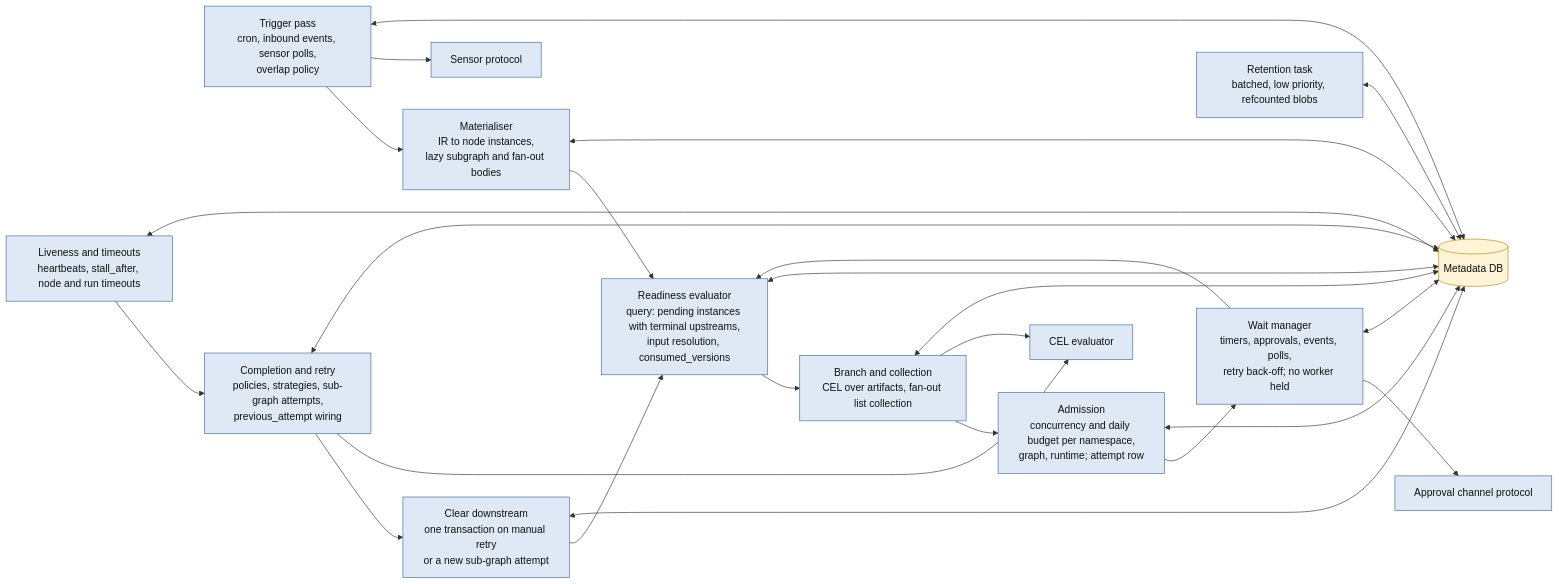
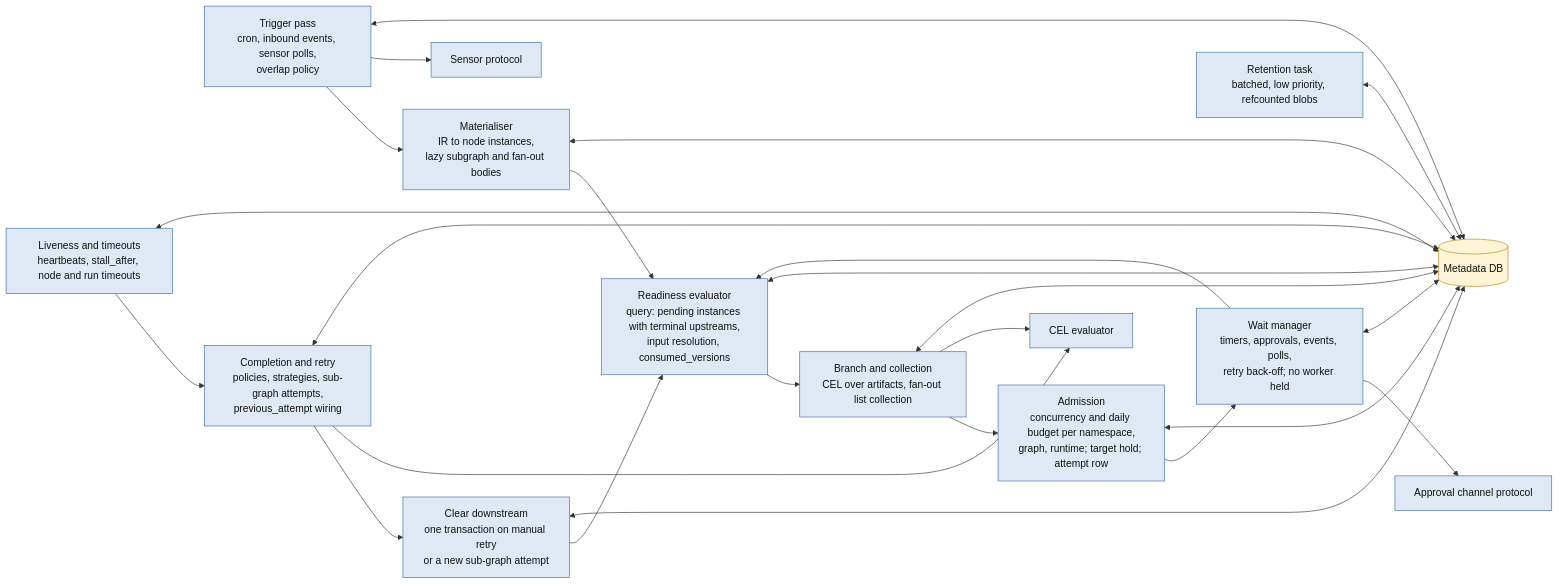
Before and after one commit to klukashka/kora: the third of 6 diagrams in knowledge/architecture/detailed.md, drawn with Mermaid. The commit also changed other lines of this file and 13 other files, not shown here.

````diff
--- a/knowledge/architecture/detailed.md
+++ b/knowledge/architecture/detailed.md
@@ -125,30 +125,30 @@
 ```mermaid
 flowchart LR
     classDef c fill:#dfe9f5,stroke:#3b6ea5,color:#111
     classDef store fill:#fff4d6,stroke:#b8860b,color:#111
 
     DB[(Metadata DB)]:::store
     T[Trigger pass<br/>cron, inbound events, sensor polls,<br/>overlap policy]:::c
     M[Materialiser<br/>IR to node instances,<br/>lazy subgraph and fan-out bodies]:::c
     R[Readiness evaluator<br/>query: pending instances with terminal upstreams,<br/>input resolution, consumed_versions]:::c
     B[Branch and collection<br/>CEL over artifacts, fan-out list collection]:::c
-    A[Admission<br/>concurrency and daily budget per namespace,<br/>graph, runtime; attempt row]:::c
+    A[Admission<br/>concurrency and daily budget per namespace,<br/>graph, runtime; target hold; attempt row]:::c
     W[Wait manager<br/>timers, approvals, events, polls,<br/>retry back-off; no worker held]:::c
     L[Liveness and timeouts<br/>heartbeats, stall_after, node and run timeouts]:::c
     C[Completion and retry<br/>policies, strategies, sub-graph attempts,<br/>previous_attempt wiring]:::c
     I[Clear downstream<br/>one transaction on manual retry<br/>or a new sub-graph attempt]:::c
     RET[Retention task<br/>batched, low priority, refcounted blobs]:::c
     CEL[CEL evaluator]:::c
     SEN[Sensor protocol]:::c
     APR[Approval channel protocol]:::c
 
     T --> M --> R --> B --> A
     A --> W
     W --> R
     L --> C --> I --> R
     T --> SEN
     W --> APR
     B --> CEL
     C --> CEL
     T & M & R & B & A & W & L & C & I & RET <--> DB
 ```
````
